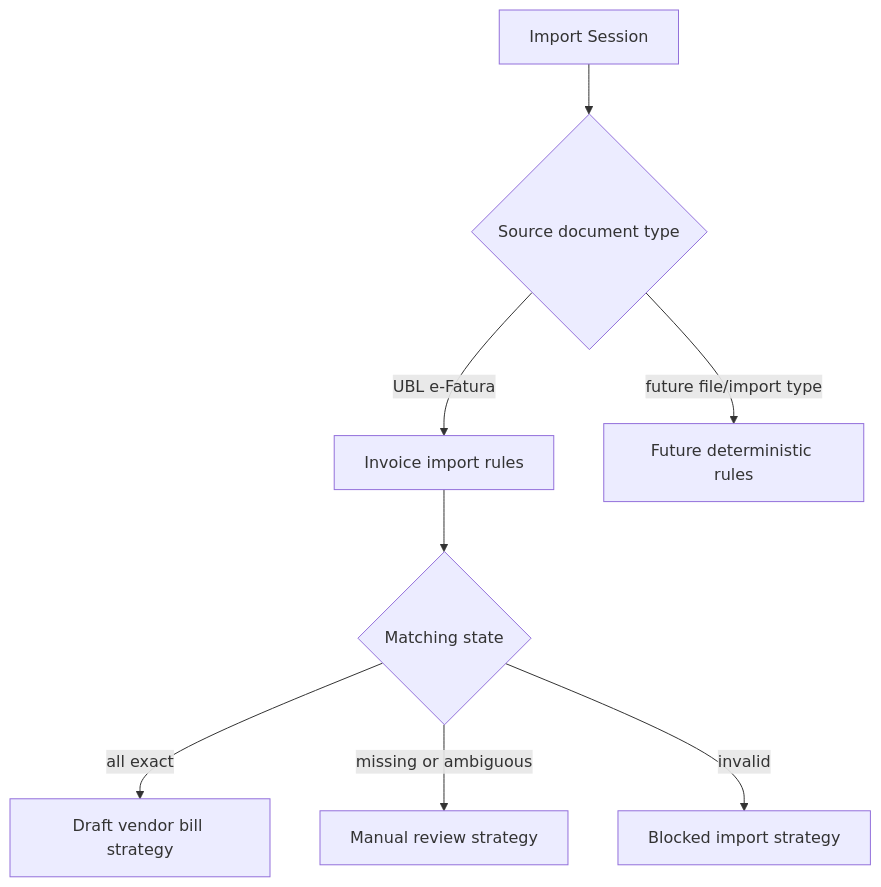
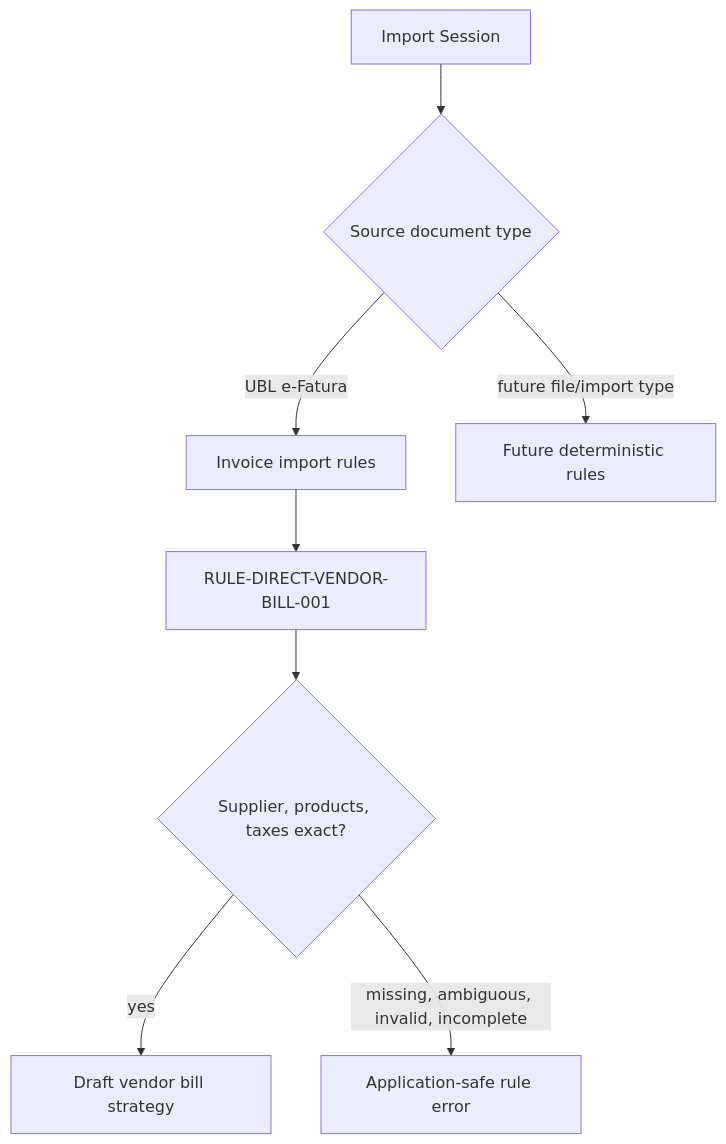
The second of 2 diagrams in docs/RULE_ENGINE.md (odurmazoglu/ict-integration-hub), drawn with Mermaid before and after one commit. The commit also changed other lines of this file and 11 other files, not shown here.

````diff
--- a/docs/RULE_ENGINE.md
+++ b/docs/RULE_ENGINE.md
@@ -49,10 +99,10 @@
 ```mermaid
 flowchart TB
     Session[Import Session] --> Source{Source document type}
     Source -->|UBL e-Fatura| InvoiceRules[Invoice import rules]
     Source -->|future file/import type| FutureRules[Future deterministic rules]
-    InvoiceRules --> MatchState{Matching state}
-    MatchState -->|all exact| DraftStrategy[Draft vendor bill strategy]
-    MatchState -->|missing or ambiguous| ReviewStrategy[Manual review strategy]
-    MatchState -->|invalid| RejectStrategy[Blocked import strategy]
+    InvoiceRules --> DirectVendorBill[RULE-DIRECT-VENDOR-BILL-001]
+    DirectVendorBill --> MatchState{Supplier, products, taxes exact?}
+    MatchState -->|yes| DraftStrategy[Draft vendor bill strategy]
+    MatchState -->|missing, ambiguous, invalid, incomplete| SafeFailure[Application-safe rule error]
 ```
````
